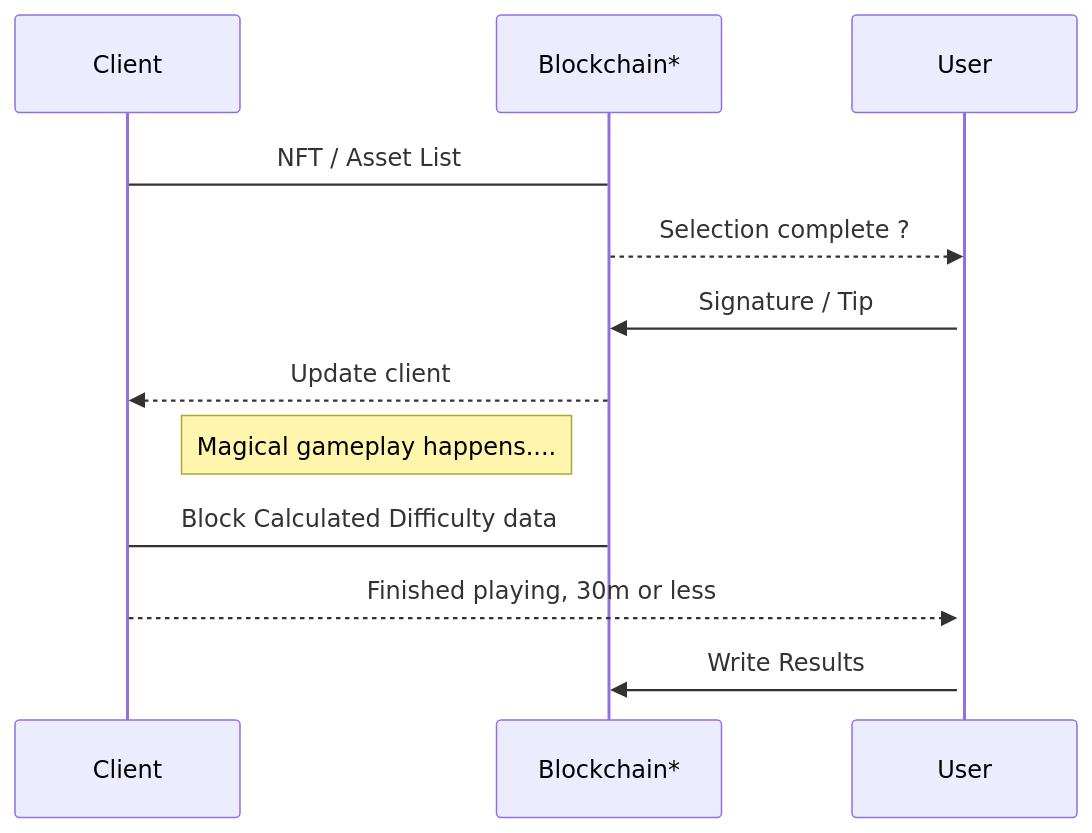
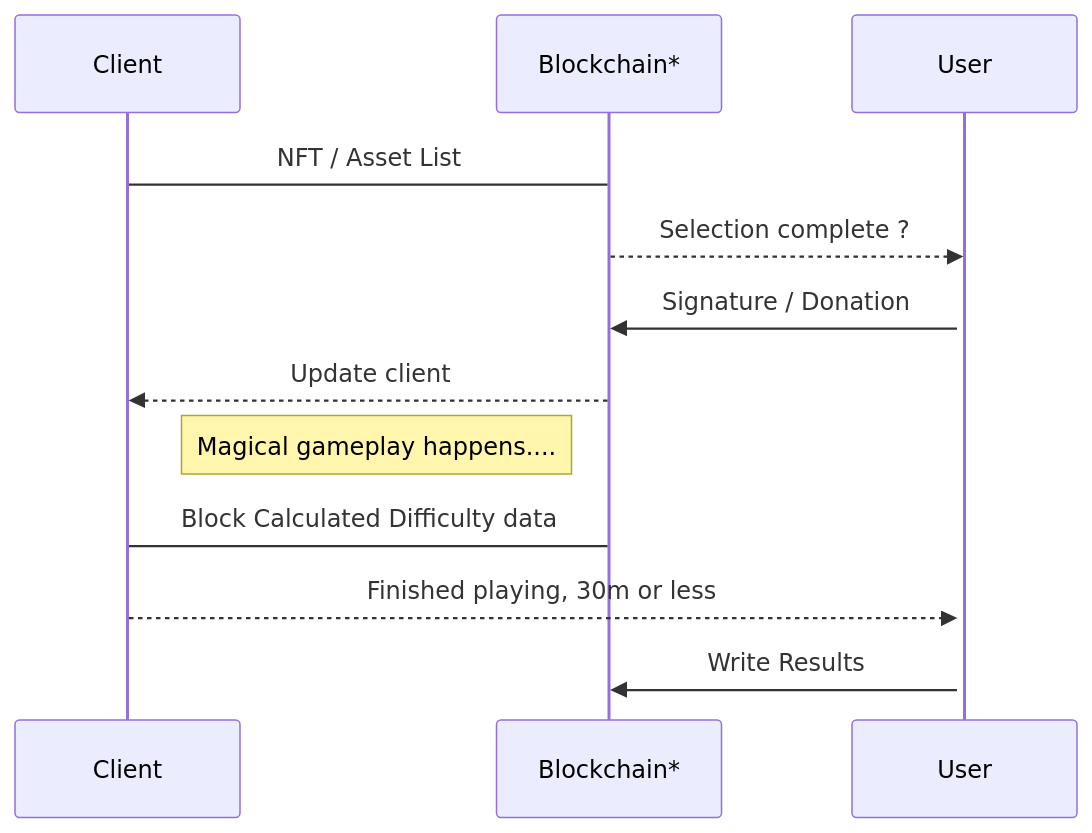
Before and after one commit to OnChainSurvivor/OnChainSurvivor: the first of 4 diagrams in README.md, drawn with Mermaid. The commit also changed other lines of this file, not shown here.

````diff
--- a/README.md
+++ b/README.md
@@ -107,12 +107,12 @@
 ```mermaid
 sequenceDiagram
 Client -> Blockchain*: NFT / Asset List
 Blockchain* -->>User: Selection complete ?
 activate User
-User->> Blockchain*: Signature / Tip
+User->> Blockchain*: Signature / Donation
 Blockchain*-->> Client:Update client
 Note left of Blockchain*: Magical gameplay happens....
 Blockchain* -> Client: Block Calculated Difficulty data
 Client-->>User: Finished playing, 30m or less
 User->> Blockchain*: Write Results
 ```
````
